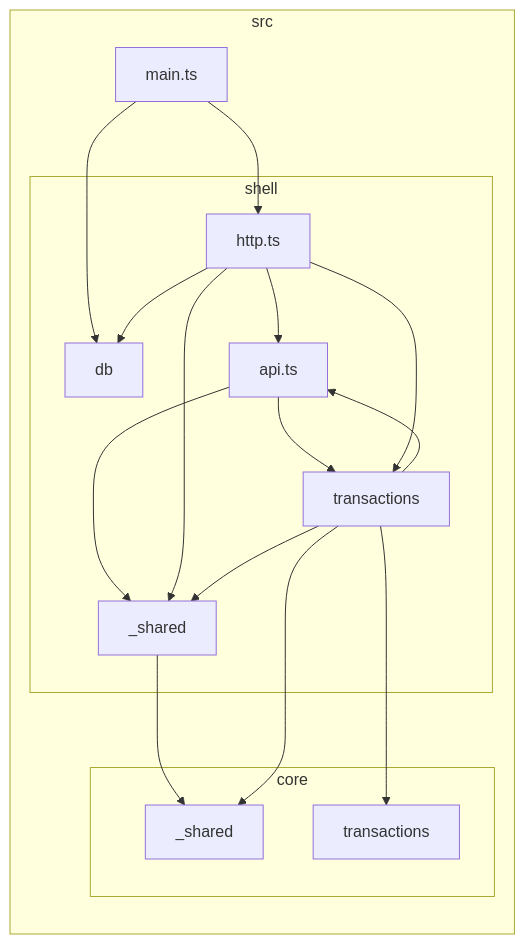
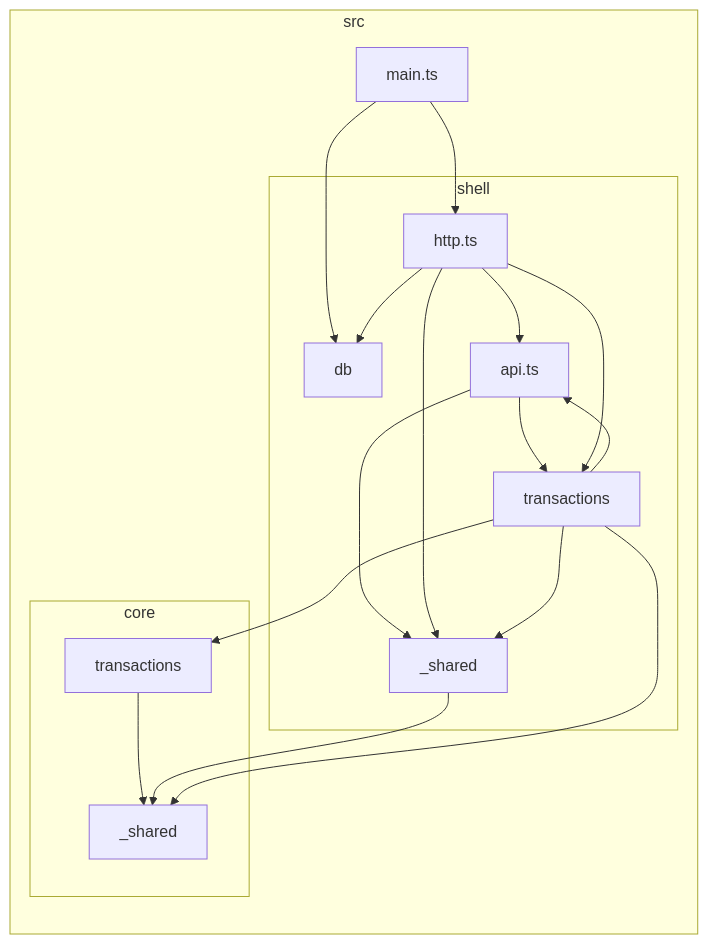
Before and after one commit to B4rz99/fidy-ai: the diagram in ARCHITECTURE.md, drawn with Mermaid. The commit also changed 14 other files, not shown here.

````diff
--- a/ARCHITECTURE.md
+++ b/ARCHITECTURE.md
@@ -45,31 +45,32 @@
 ```mermaid
 flowchart LR
 
 subgraph src["src"]
   subgraph src_core["core"]
     src_core__shared["_shared"]
     src_core_transactions["transactions"]
   end
   src_main_ts["main.ts"]
   subgraph src_shell["shell"]
     src_shell__shared["_shared"]
     src_shell_api_ts["api.ts"]
     src_shell_db["db"]
     src_shell_http_ts["http.ts"]
     src_shell_transactions["transactions"]
   end
 end
+src_core_transactions-->src_core__shared
 src_main_ts-->src_shell_db
 src_main_ts-->src_shell_http_ts
 src_shell__shared-->src_core__shared
 src_shell_api_ts-->src_shell__shared
 src_shell_api_ts-->src_shell_transactions
 src_shell_http_ts-->src_shell_api_ts
 src_shell_http_ts-->src_shell__shared
 src_shell_http_ts-->src_shell_db
 src_shell_http_ts-->src_shell_transactions
 src_shell_transactions-->src_core_transactions
 src_shell_transactions-->src_shell__shared
 src_shell_transactions-->src_shell_api_ts
 src_shell_transactions-->src_core__shared
 ```
````
